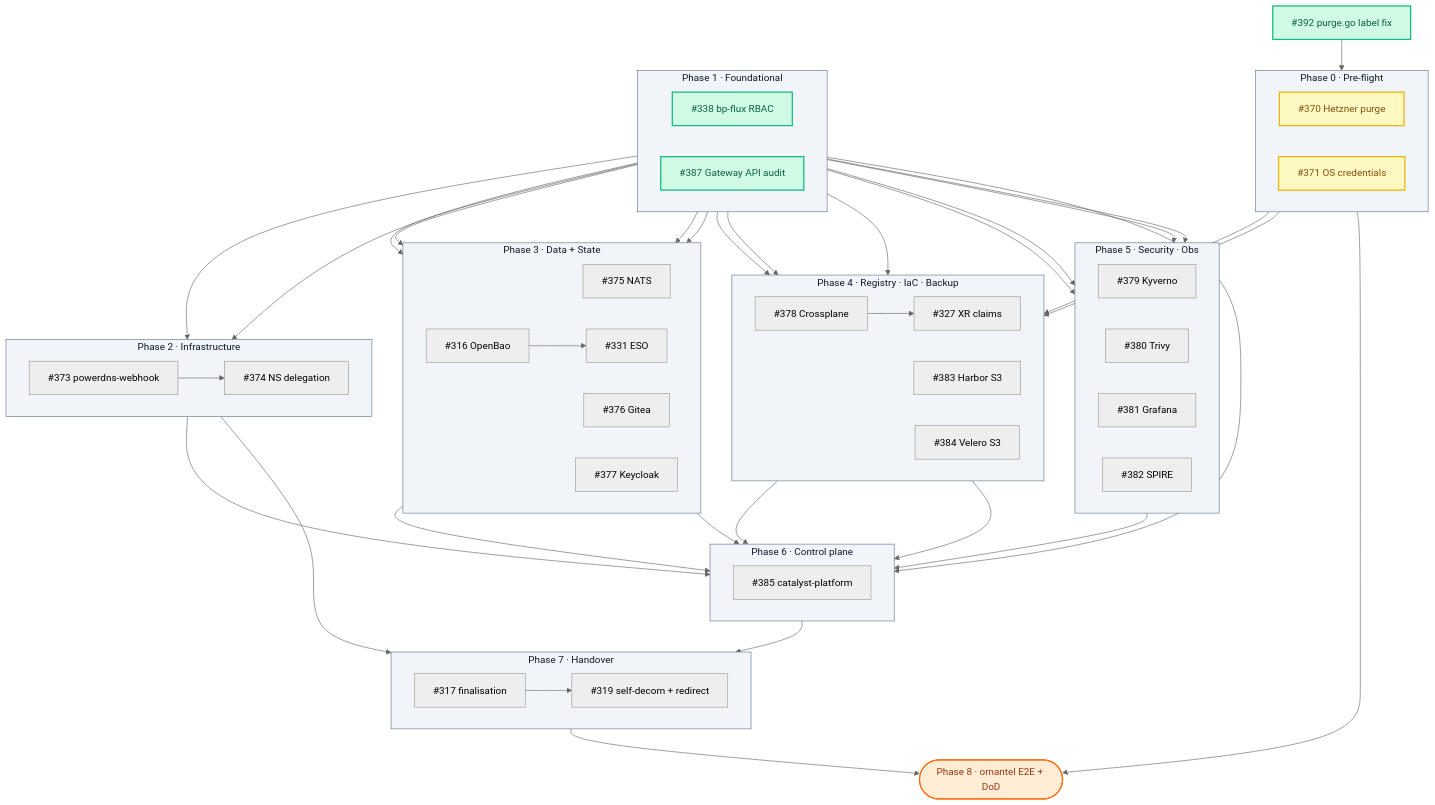
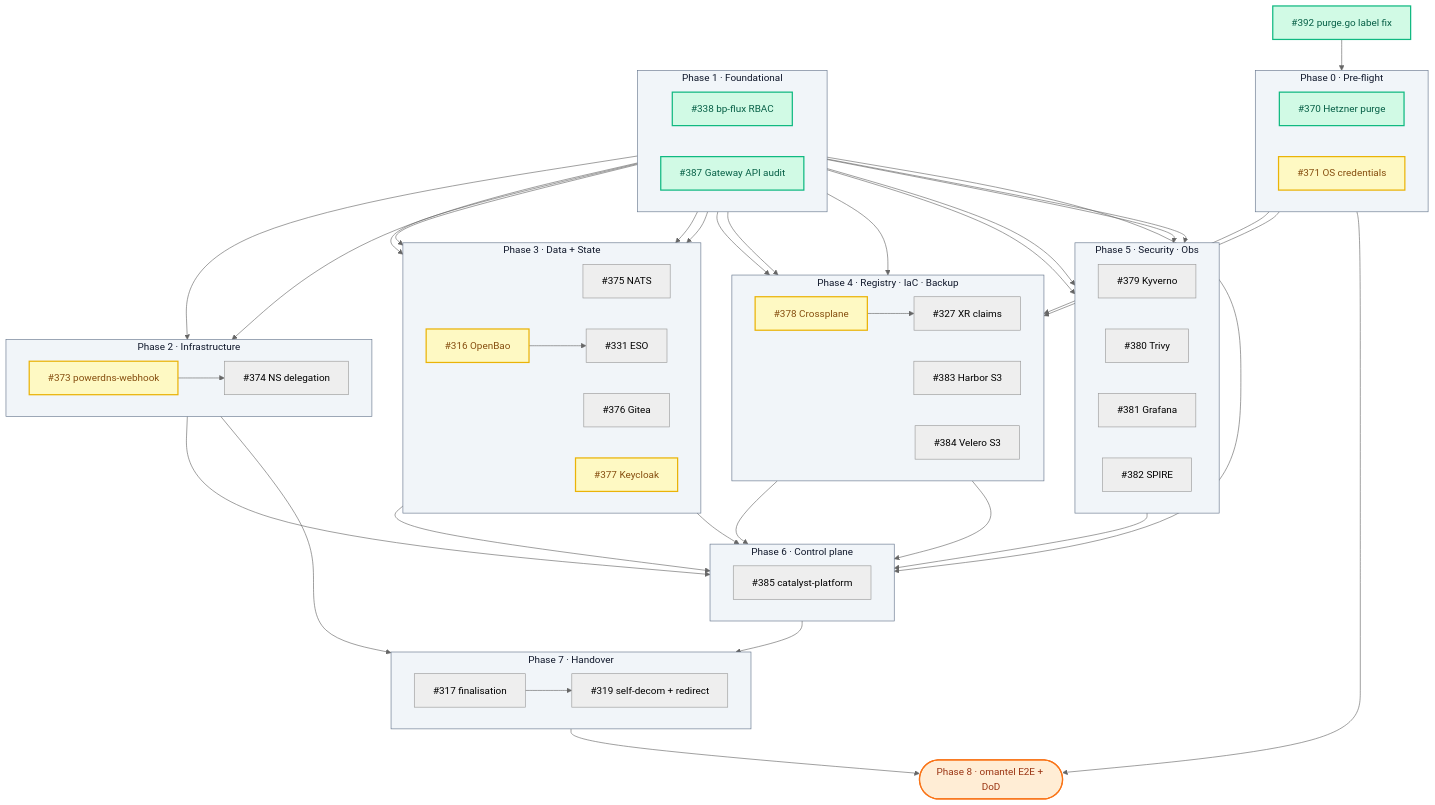
The diagram in docs/omantel-handover-wbs.md (openova-io/openova), drawn with Mermaid (neutral theme) before and after one commit. The commit also changed other lines of this file, not shown here.

Commit message:
docs(wbs): tick 4 — 5 agents in flight (#371 #373 #316 #377 #378)
Phase 0/2/3/4 fan-out at full 5-parallel:
  - #371 RESUME (Hetzner OS credentials, in-worktree state)
  - #373 NEW (cert-mgr-powerdns-webhook authoring)
  - #316 NEW (OpenBao auto-unseal)
  - #377 NEW (bp-keycloak install verification)
  - #378 NEW (bp-crossplane install verification)

#370 promoted to done (unblocked + scope superseded by working wipe.go).

Class assignments updated; §9 status rows added.

```diff
--- a/docs/omantel-handover-wbs.md
+++ b/docs/omantel-handover-wbs.md
@@ -169,8 +169,8 @@
     T392 --> T370
 
     class PH0,PH1,PH2,PH3,PH4,PH5,PH6,PH7 phase
-    class T338,T387,T392 done
-    class T370,T371 wip
+    class T338,T370,T387,T392 done
+    class T371,T373,T316,T377,T378 wip
 
     %% Clickable ticket numbers — open the GitHub issue in a new tab
     click T316 "https://github.com/openova-io/openova/issues/316" "Open #316" _blank
```
